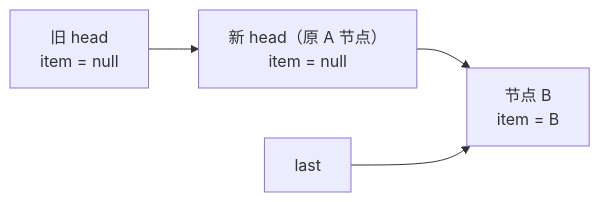
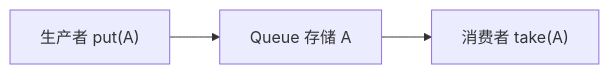
One commit to rebibabo/rebibabo.github.io changed the diagram in images/Java-concurrency/IMG-20260707-000153.mmd. Above: the diagram before and after it, drawn with Mermaid. The commit also changed 341 other files, not shown here.

```diff
--- a/images/Java-concurrency/IMG-20260707-000153.mmd
+++ b/images/Java-concurrency/IMG-20260707-000153.mmd
@@ -1,3 +1,3 @@
 flowchart LR
-    oldHead["旧 head<br>item = null"] --> newHead["新 head（原 A 节点）<br>item = null"] --> b["节点 B<br>item = B"]
-    last["last"] --> b
+    A["生产者 put(A)"] --> B["Queue 存储 A"]
+    B --> C["消费者 take(A)"]
```
